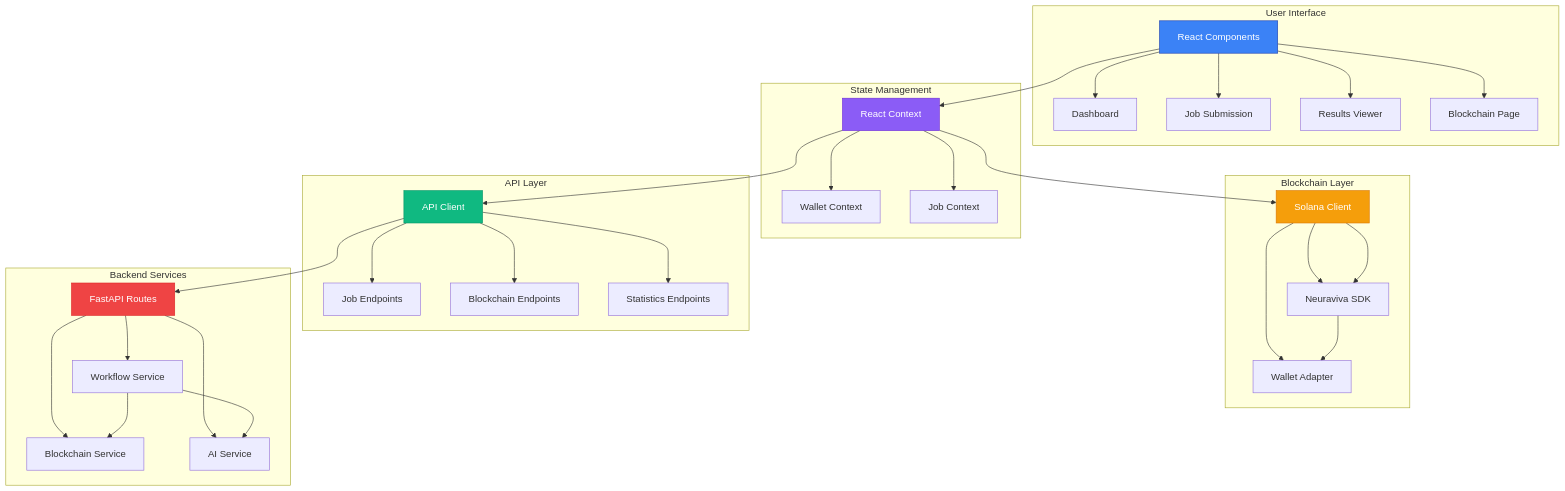
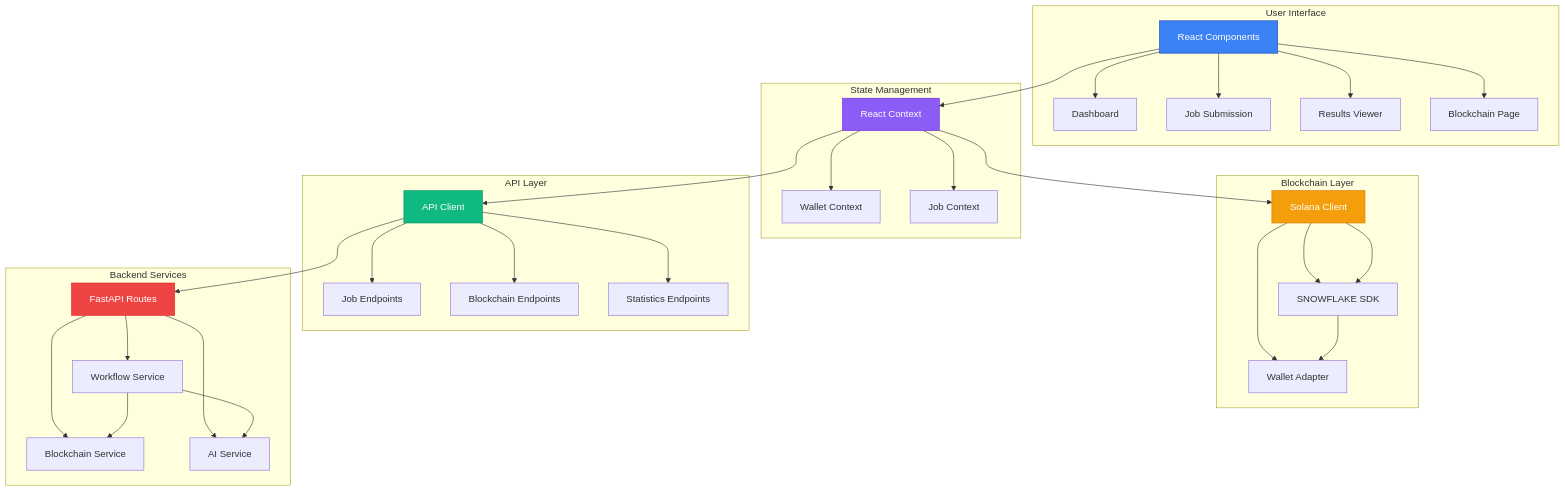
One commit to lucylow/snowflake-snowfest changed the fifth of 6 diagrams in README.md. Above: the diagram before and after it, drawn with Mermaid. The commit also changed other lines of this file and 14 other files, not shown here.

````diff
--- a/README.md
+++ b/README.md
@@ -250,52 +250,52 @@
 ```mermaid
 graph TB
     subgraph "User Interface"
         UI[React Components]
         UI --> UI1[Dashboard]
         UI --> UI2[Job Submission]
         UI --> UI3[Results Viewer]
         UI --> UI4[Blockchain Page]
     end
     
     subgraph "State Management"
         CTX[React Context]
         CTX --> CTX1[Wallet Context]
         CTX --> CTX2[Job Context]
     end
     
     subgraph "API Layer"
         API[API Client]
         API --> API1[Job Endpoints]
         API --> API2[Blockchain Endpoints]
         API --> API3[Statistics Endpoints]
     end
     
     subgraph "Blockchain Layer"
         SOL[Solana Client]
-        SOL --> SOL1[Neuraviva SDK]
+        SOL --> SOL1[SNOWFLAKE SDK]
         SOL --> SOL2[Wallet Adapter]
     end
     
     subgraph "Backend Services"
         BE[FastAPI Routes]
         BE --> BE1[Workflow Service]
         BE --> BE2[Blockchain Service]
         BE --> BE3[AI Service]
     end
     
     UI --> CTX
     CTX --> API
     CTX --> SOL
     API --> BE
     SOL --> SOL1
     SOL1 --> SOL2
     
     BE1 --> BE3
     BE1 --> BE2
     
     style UI fill:#3b82f6,stroke:#1e40af,color:#fff
     style CTX fill:#8b5cf6,stroke:#6d28d9,color:#fff
     style API fill:#10b981,stroke:#059669,color:#fff
     style SOL fill:#f59e0b,stroke:#d97706,color:#fff
     style BE fill:#ef4444,stroke:#dc2626,color:#fff
 ```
````
